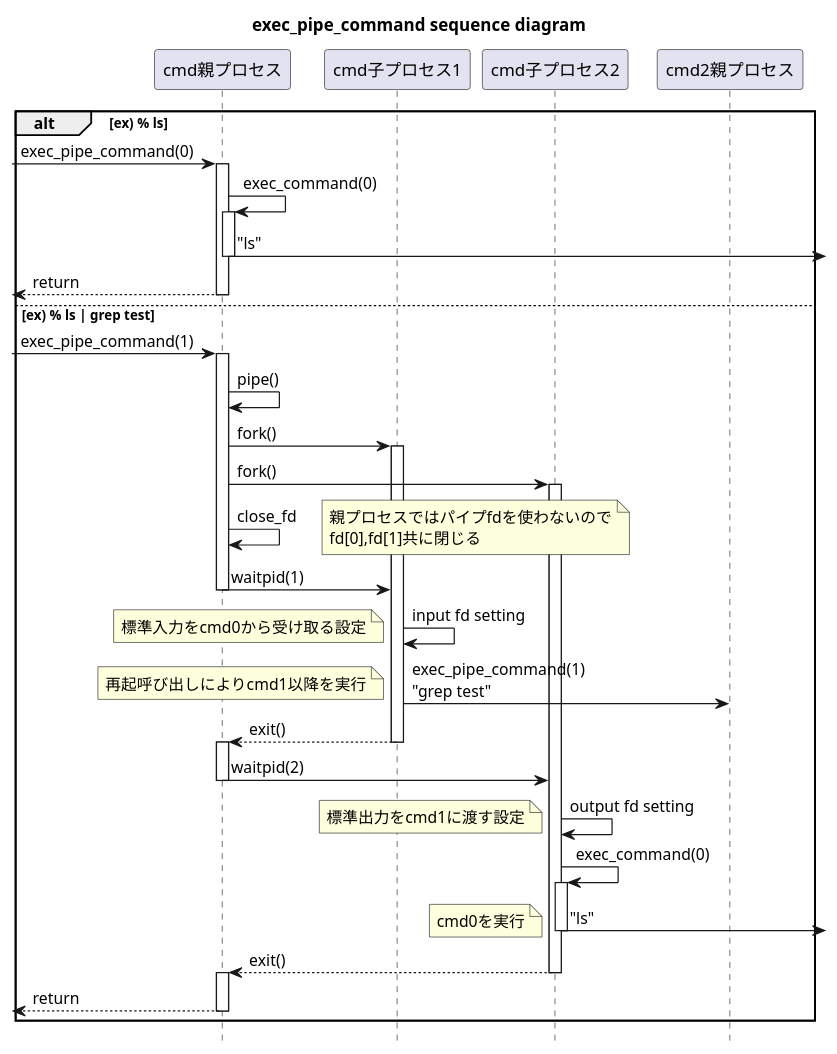
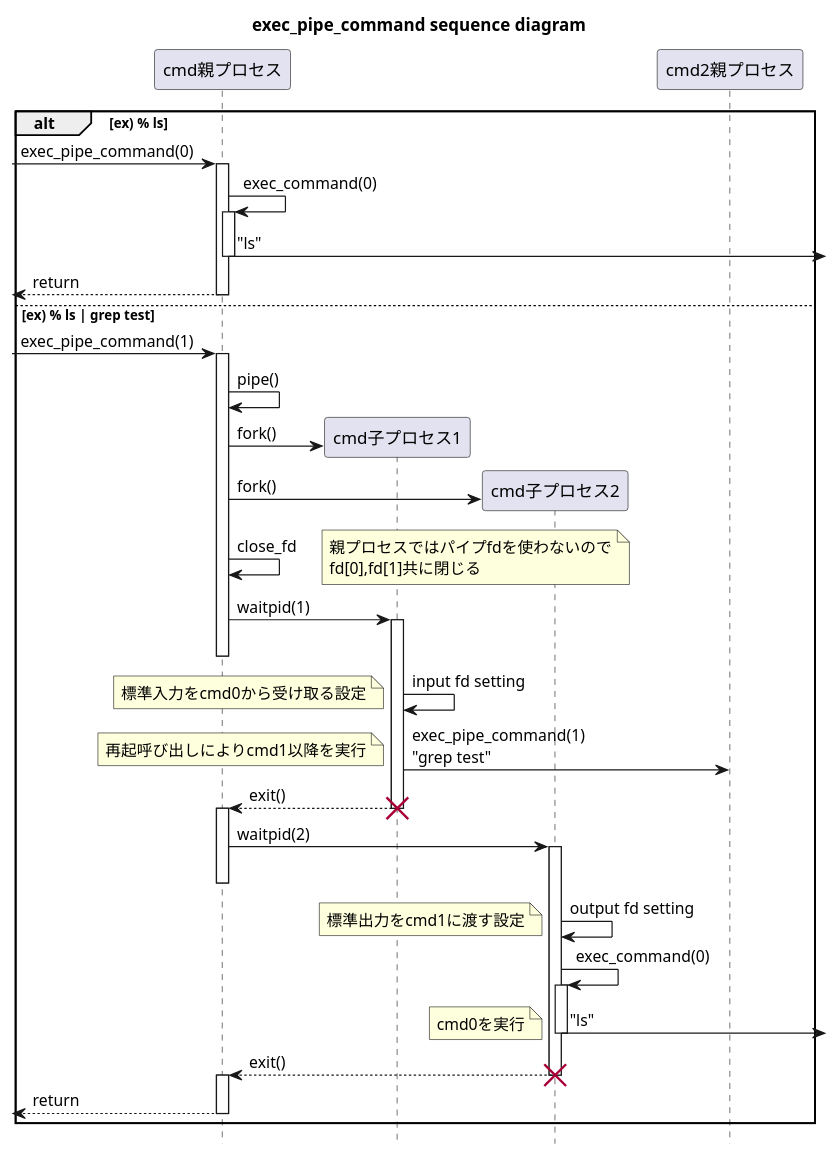
The diagram in design/sequence_pipe.puml (Toshiki-Nakamura/minishell), drawn with PlantUML before and after one commit. The commit also changed 5 other files, not shown here.

Commit message:
fix sequence diagrams

```diff
--- a/design/sequence_pipe.puml
+++ b/design/sequence_pipe.puml
@@ -3,55 +3,59 @@
 @startuml
 title exec_pipe_command sequence diagram
 hide footbox
 
 participant "cmd親プロセス" as Parent1
 participant "cmd子プロセス1" as Child1
 participant "cmd子プロセス2" as Child2
 participant "cmd2親プロセス" as Parent2
 
 alt ex) % ls
 	[->Parent1 : exec_pipe_command(0)
 	activate Parent1
 	Parent1 -> Parent1 : exec_command(0)
 	activate Parent1
 	Parent1->] : "ls"
 	deactivate Parent1
 	[<--Parent1 : return
 	deactivate Parent1
 else ex) % ls | grep test
 	[->Parent1 : exec_pipe_command(1)
 	activate Parent1
 	Parent1->Parent1 : pipe()
+	create Child1
 	Parent1->Child1 : fork()
-	activate Child1
+	create Child2
 	Parent1->Child2 : fork()
-	activate Child2
 	Parent1->Parent1 : close_fd
 	note right: 親プロセスではパイプfdを使わないので\nfd[0],fd[1]共に閉じる
 	Parent1->Child1 : waitpid(1)
+	activate Child1
 	deactivate Parent1
 	Child1->Child1 : input fd setting
 	note left: 標準入力をcmd0から受け取る設定
 	Child1->Parent2 : exec_pipe_command(1)\n"grep test"
 	note left: 再起呼び出しによりcmd1以降を実行
 	Parent1<--Child1 : exit()
 	deactivate Child1
+	destroy Child1
 	activate Parent1
 	Parent1->Child2 : waitpid(2)
+	activate Child2
 	deactivate Parent1
 	Child2->Child2 : output fd setting
 	note left: 標準出力をcmd1に渡す設定
 	Child2->Child2 : exec_command(0)
 	activate Child2
 	Child2->] : "ls"
 	deactivate Child2
 	note left: cmd0を実行
 	Parent1<--Child2 : exit()
 	deactivate Child2
+	destroy Child2
 	activate Parent1
 	[<--Parent1 : return
 	deactivate Parent1
 end
 
 
 @enduml
```
